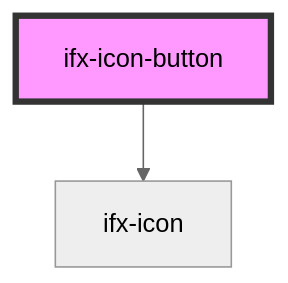
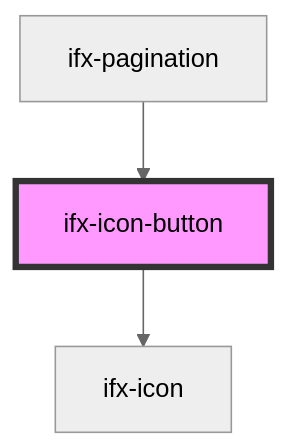
Before and after one commit to Infineon/infineon-design-system-stencil: the diagram in packages/components/src/components/icon-button/readme.md, drawn with Mermaid (neutral theme). The commit also changed other lines of this file and 8 other files, not shown here.

````diff
--- a/packages/components/src/components/icon-button/readme.md
+++ b/packages/components/src/components/icon-button/readme.md
@@ -42,5 +46,6 @@
 ```mermaid
 graph TD;
   ifx-icon-button --> ifx-icon
+  ifx-pagination --> ifx-icon-button
   style ifx-icon-button fill:#f9f,stroke:#333,stroke-width:4px
 ```
````
